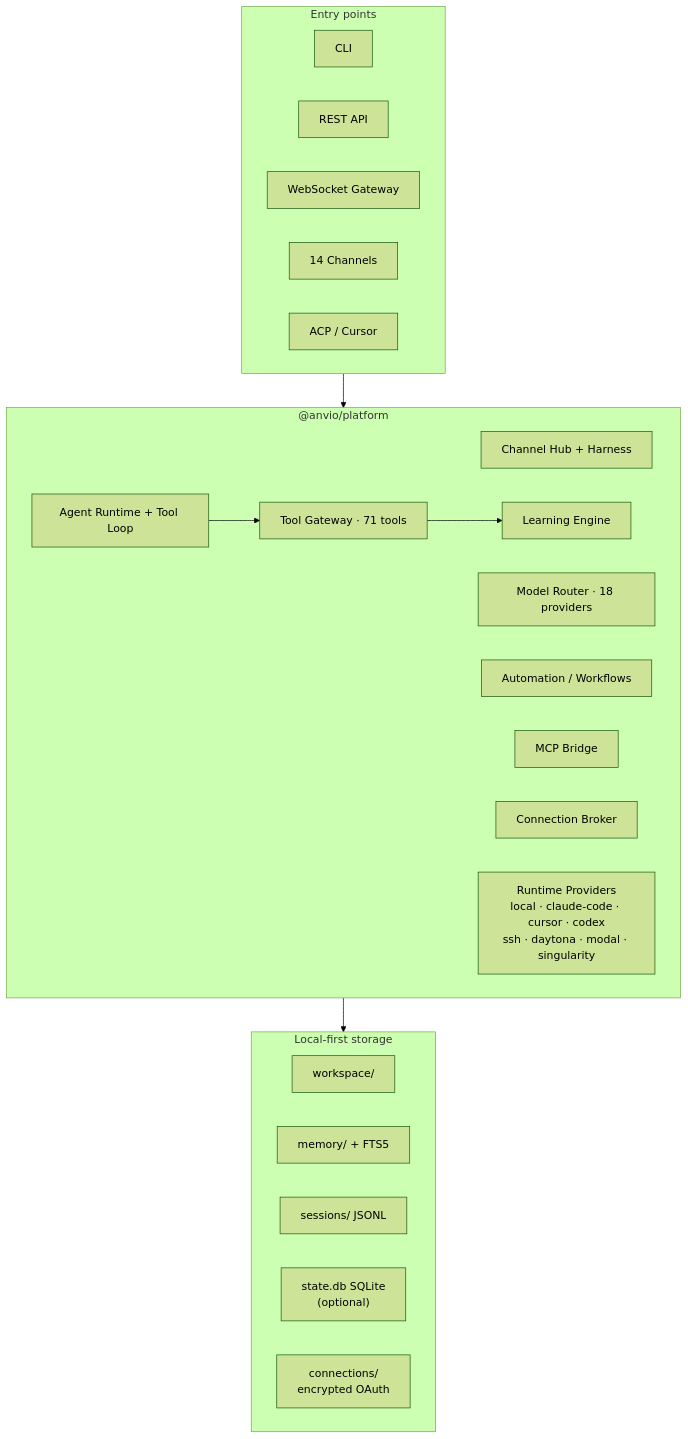
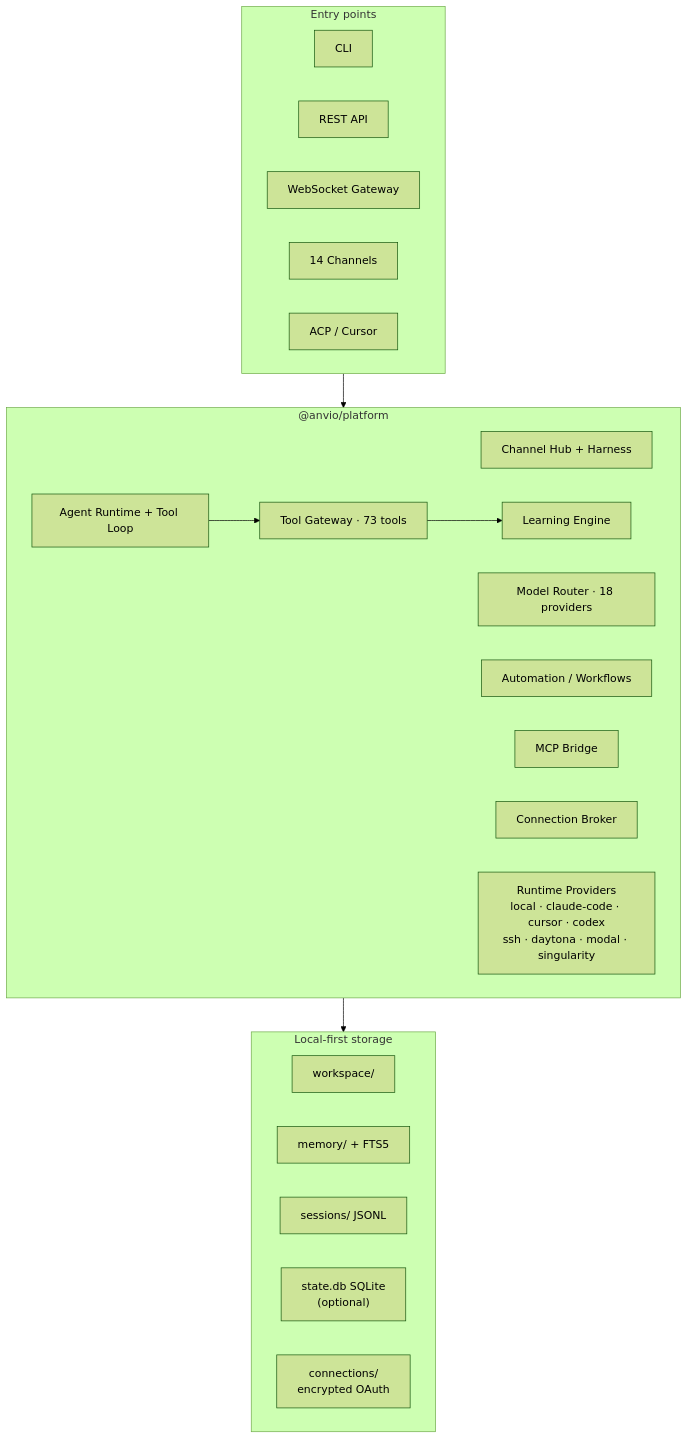
The sixth of 7 diagrams in README.md (viantonugroho11/Anvio), drawn with Mermaid (forest theme) before and after one commit. The commit also changed other lines of this file and 4 other files, not shown here.

````diff
--- a/README.md
+++ b/README.md
@@ -918,34 +918,34 @@
 ```mermaid
 flowchart TB
     subgraph Entry["Entry points"]
         CLI["CLI"]
         API["REST API"]
         GW["WebSocket Gateway"]
         CHN["14 Channels"]
         ACP["ACP / Cursor"]
     end
 
     subgraph Platform["@anvio/platform"]
         HUB["Channel Hub + Harness"]
         RT["Agent Runtime + Tool Loop"]
         LE["Learning Engine"]
-        TG["Tool Gateway · 71 tools"]
+        TG["Tool Gateway · 73 tools"]
         RTG["Model Router · 18 providers"]
         AUTO["Automation / Workflows"]
         MCP["MCP Bridge"]
         CONN["Connection Broker"]
         RUN["Runtime Providers<br/>local · claude-code · cursor · codex<br/>ssh · daytona · modal · singularity"]
     end
 
     subgraph Data["Local-first storage"]
         WS["workspace/"]
         MEM["memory/ + FTS5"]
         SESS["sessions/ JSONL"]
         SQL["state.db SQLite<br/>(optional)"]
         CONN2["connections/<br/>encrypted OAuth"]
     end
 
     Entry --> Platform
     RT --> TG --> LE
     Platform --> Data
 ```
````
